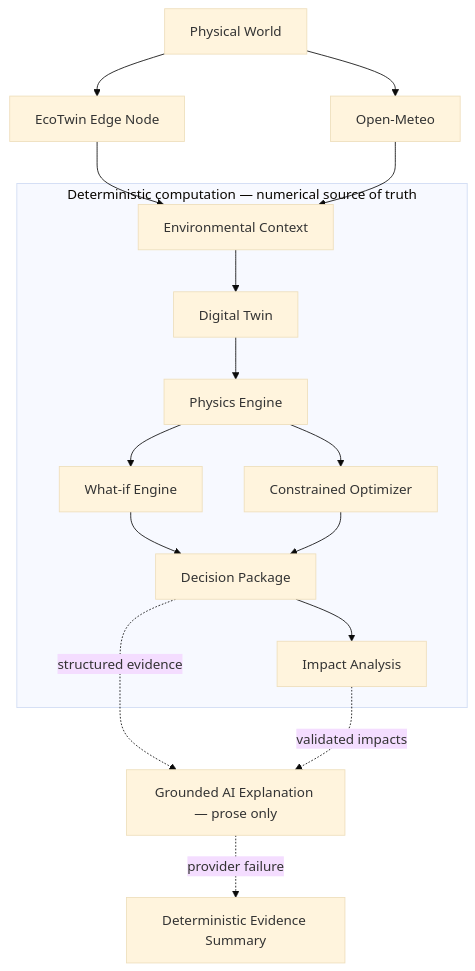
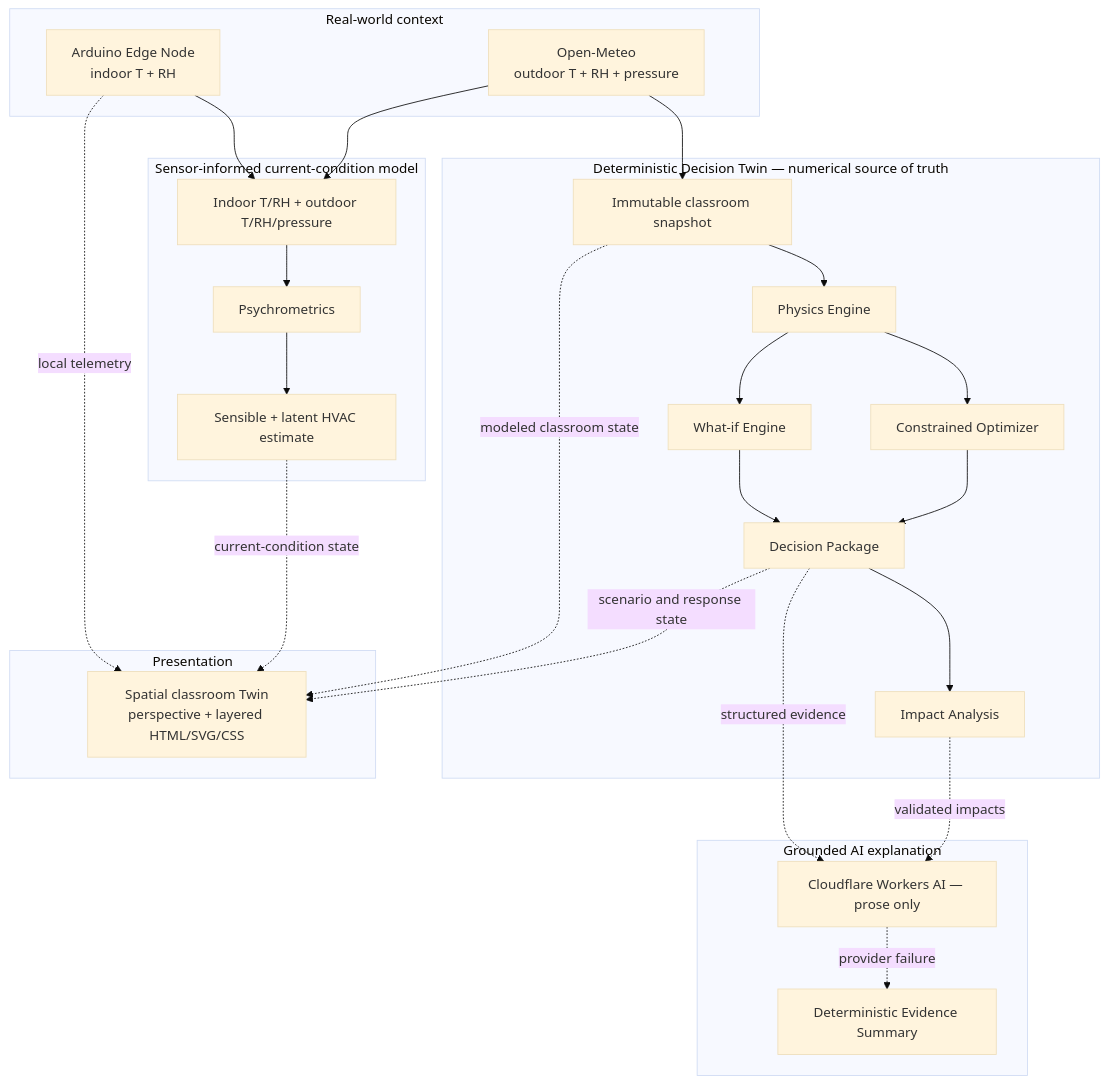
One commit to jerrymiao0610-blip/EcoTwin changed the diagram in README.md. Above: the diagram before and after it, drawn with Mermaid (base theme). The commit also changed other lines of this file, not shown here.

Commit message:
Update documentation for spatial digital twin

````diff
--- a/README.md
+++ b/README.md
@@ -99,21 +103,43 @@
 ```mermaid
 flowchart TD
-    PW[Physical World] --> EN[EcoTwin Edge Node]
-    PW --> OM[Open-Meteo]
-    EN --> EC[Environmental Context]
-    OM --> EC
+    subgraph RW[Real-world context]
+        EN[Arduino Edge Node<br/>indoor T + RH]
+        OM[Open-Meteo<br/>outdoor T + RH + pressure]
+    end
 
-    subgraph DET[Deterministic computation — numerical source of truth]
-        EC --> DT[Digital Twin]
+    subgraph DET[Deterministic Decision Twin — numerical source of truth]
+        DT[Immutable classroom snapshot]
         DT --> PE[Physics Engine]
         PE --> WI[What-if Engine]
         PE --> OP[Constrained Optimizer]
         WI --> DP[Decision Package]
         OP --> DP
         DP --> IA[Impact Analysis]
     end
 
-    DP -. structured evidence .-> AI[Grounded AI Explanation — prose only]
+    subgraph SENSOR[Sensor-informed current-condition model]
+        CC[Indoor T/RH + outdoor T/RH/pressure]
+        CC --> PSY[Psychrometrics]
+        PSY --> HVAC[Sensible + latent HVAC estimate]
+    end
+
+    subgraph PRESENT[Presentation]
+        SP[Spatial classroom Twin<br/>perspective + layered HTML/SVG/CSS]
+    end
+
+    subgraph EXPLAIN[Grounded AI explanation]
+        AI[Cloudflare Workers AI — prose only]
+        FB[Deterministic Evidence Summary]
+        AI -. provider failure .-> FB
+    end
+
+    OM --> DT
+    EN --> CC
+    OM --> CC
+    EN -. local telemetry .-> SP
+    DT -. modeled classroom state .-> SP
+    DP -. scenario and response state .-> SP
+    HVAC -. current-condition state .-> SP
+    DP -. structured evidence .-> AI
     IA -. validated impacts .-> AI
-    AI -. provider failure .-> FB[Deterministic Evidence Summary]
 ```
````
